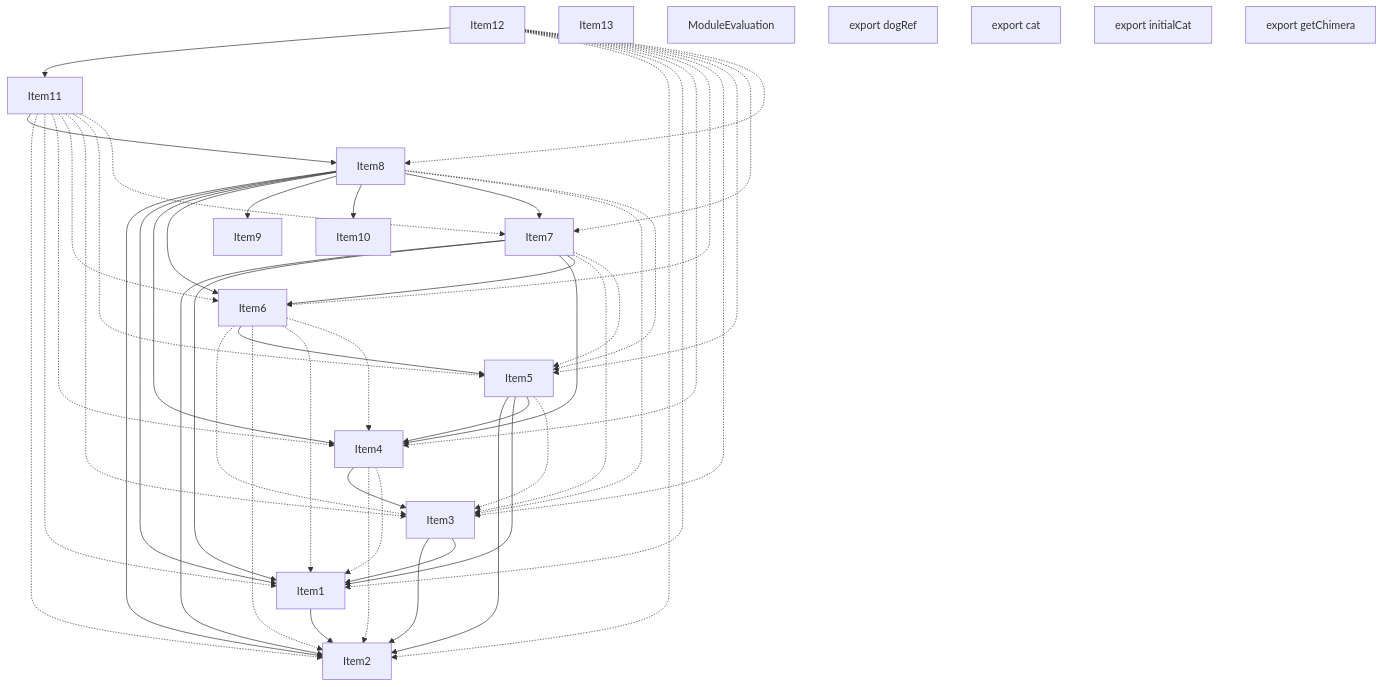
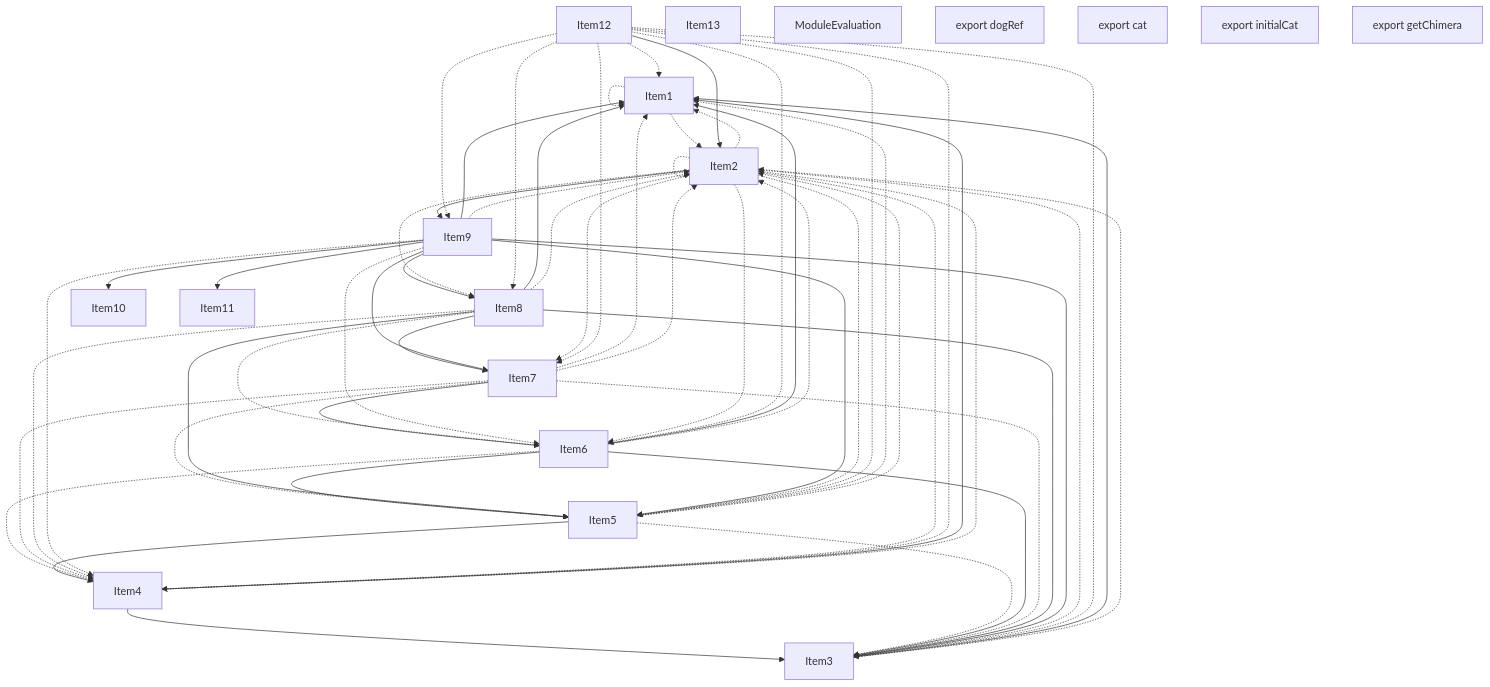
Before and after one commit to vercel/turborepo: the second of 4 diagrams in crates/turbopack-ecmascript/tests/tree-shaker/analyzer/complex/output.md, drawn with Mermaid. The commit also changed other lines of this file and 2 other files, not shown here.

````diff
--- a/crates/turbopack-ecmascript/tests/tree-shaker/analyzer/complex/output.md
+++ b/crates/turbopack-ecmascript/tests/tree-shaker/analyzer/complex/output.md
@@ -195,51 +195,61 @@
     Item17["export initialCat"];
     Item18;
     Item18["export getChimera"];
-    Item1 --> Item2;
-    Item3 --> Item2;
+    Item1 -.-> Item1;
+    Item1 -.-> Item2;
     Item3 --> Item1;
+    Item3 -.-> Item2;
+    Item4 --> Item1;
     Item4 --> Item3;
     Item4 -.-> Item2;
-    Item4 -.-> Item1;
-    Item5 --> Item2;
-    Item5 --> Item1;
     Item5 --> Item4;
+    Item5 -.-> Item1;
     Item5 -.-> Item3;
-    Item6 -.-> Item3;
+    Item5 -.-> Item2;
+    Item6 --> Item1;
+    Item6 --> Item3;
     Item6 --> Item5;
+    Item6 -.-> Item4;
     Item6 -.-> Item2;
-    Item6 -.-> Item1;
-    Item6 -.-> Item4;
-    Item7 --> Item2;
-    Item7 --> Item1;
-    Item7 --> Item4;
+    Item7 -.-> Item4;
     Item7 --> Item6;
+    Item7 -.-> Item1;
     Item7 -.-> Item3;
     Item7 -.-> Item5;
-    Item8 --> Item2;
+    Item7 -.-> Item2;
     Item8 --> Item1;
-    Item8 --> Item4;
-    Item8 --> Item6;
-    Item8 --> Item9;
-    Item8 --> Item10;
+    Item8 --> Item3;
+    Item8 --> Item5;
     Item8 --> Item7;
-    Item8 -.-> Item3;
-    Item8 -.-> Item5;
-    Item11 --> Item8;
-    Item11 -.-> Item2;
-    Item11 -.-> Item1;
-    Item11 -.-> Item4;
-    Item11 -.-> Item6;
-    Item11 -.-> Item3;
-    Item11 -.-> Item5;
-    Item11 -.-> Item7;
-    Item12 --> Item11;
-    Item12 -.-> Item2;
+    Item8 -.-> Item4;
+    Item8 -.-> Item6;
+    Item8 -.-> Item2;
+    Item9 --> Item1;
+    Item9 --> Item3;
+    Item9 --> Item5;
+    Item9 --> Item7;
+    Item9 --> Item10;
+    Item9 --> Item11;
+    Item9 --> Item8;
+    Item9 -.-> Item4;
+    Item9 -.-> Item6;
+    Item9 -.-> Item2;
+    Item2 --> Item9;
+    Item2 -.-> Item1;
+    Item2 -.-> Item3;
+    Item2 -.-> Item5;
+    Item2 -.-> Item7;
+    Item2 -.-> Item4;
+    Item2 -.-> Item6;
+    Item2 -.-> Item8;
+    Item2 -.-> Item2;
+    Item12 --> Item2;
     Item12 -.-> Item1;
-    Item12 -.-> Item4;
-    Item12 -.-> Item6;
     Item12 -.-> Item3;
     Item12 -.-> Item5;
     Item12 -.-> Item7;
+    Item12 -.-> Item4;
+    Item12 -.-> Item6;
     Item12 -.-> Item8;
+    Item12 -.-> Item9;
 ```
````
